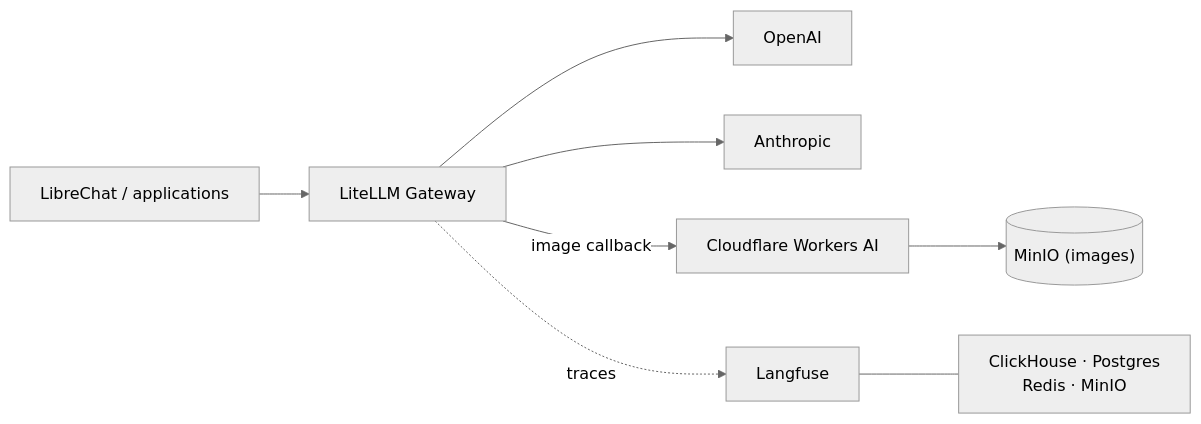
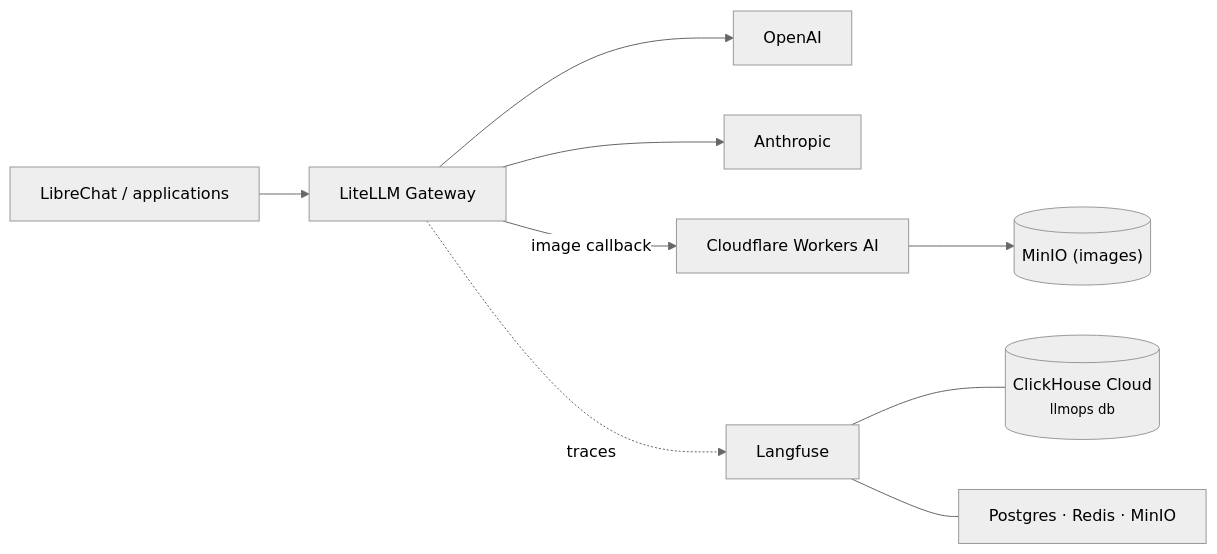
The second of 2 diagrams in docs/index.md (litkhai/llmops-in-a-box), drawn with Mermaid (neutral theme) before and after one commit. The commit also changed other lines of this file and 1 other file, not shown here.

First line of the commit message:
docs: update diagrams and text to reflect ClickHouse Cloud

````diff
--- a/docs/index.md
+++ b/docs/index.md
@@ -234,18 +234,20 @@
 ```mermaid
 flowchart LR
     C["LibreChat / applications"]
     G["LiteLLM Gateway"]
     O["OpenAI"]
     A["Anthropic"]
     CF["Cloudflare Workers AI"]
     IMGMI[("MinIO (images)")]
     L["Langfuse"]
-    D["ClickHouse · Postgres<br/>Redis · MinIO"]
+    CH[("ClickHouse Cloud<br/><small>llmops db</small>")]
+    D["Postgres · Redis · MinIO"]
 
     C --> G
     G --> O
     G --> A
     G --"image callback"--> CF --> IMGMI
     G -. traces .-> L
+    L --- CH
     L --- D
 ```
````
